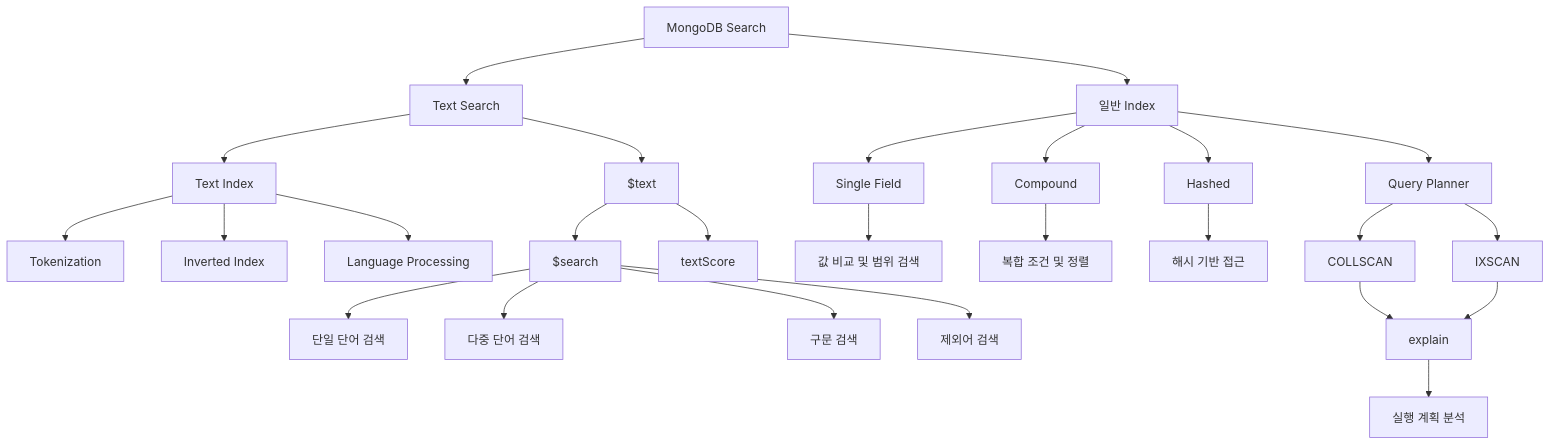
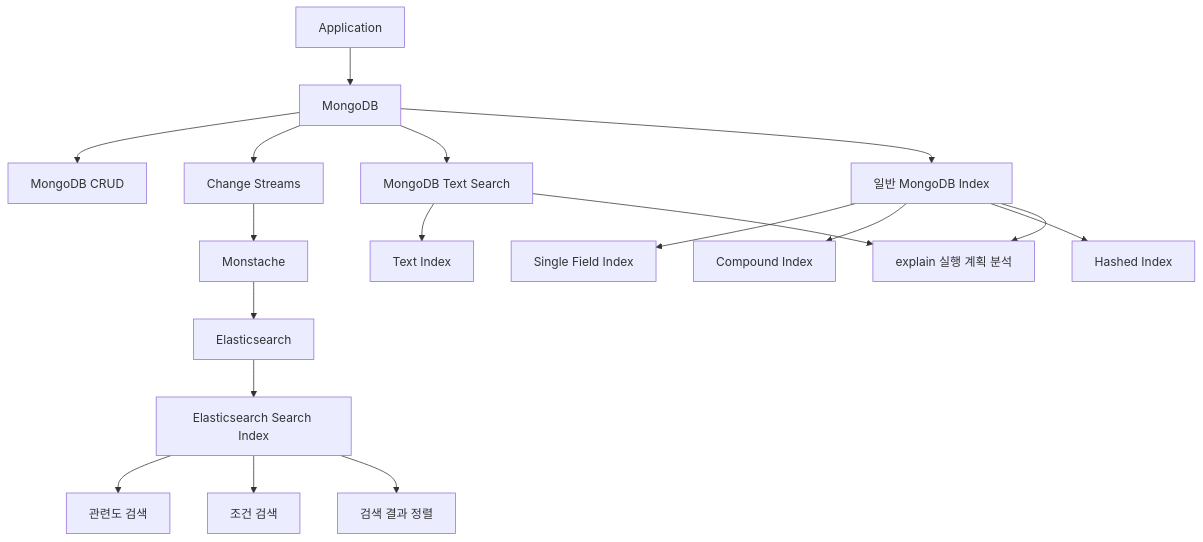
One commit to ysiksik/ysiksik.github.io changed diagram 12 of 12 in _posts/study/smart-learning-ent/nosql-mongodb-easy-for-anyone-to-learn/2026-11-12-text-search-and-utilizing-indexes.md. Above: the diagram before and after it, drawn with Mermaid. The commit also changed other lines of this file, not shown here.

````diff
--- a/_posts/study/smart-learning-ent/nosql-mongodb-easy-for-anyone-to-learn/2026-11-12-text-search-and-utilizing-indexes.md
+++ b/_posts/study/smart-learning-ent/nosql-mongodb-easy-for-anyone-to-learn/2026-11-12-text-search-and-utilizing-indexes.md
@@ -3597,42 +3483,53 @@
 ```mermaid
 flowchart TD
-    A["MongoDB Search"]
+    A["Application"]
 
-    B["Text Search"]
-    C["일반 Index"]
+    B["MongoDB"]
+    C["Monstache"]
+    D["Elasticsearch"]
+
+    E["MongoDB CRUD"]
+    F["Change Streams"]
+
+    G["MongoDB Text Search"]
+    H["일반 MongoDB Index"]
+
+    I["Text Index"]
+    J["Single Field Index"]
+    K["Compound Index"]
+    L["Hashed Index"]
+
+    M["Elasticsearch Search Index"]
+
+    N["관련도 검색"]
+    O["조건 검색"]
+    P["검색 결과 정렬"]
+
+    Q["explain 실행 계획 분석"]
 
     A --> B
-    A --> C
 
-    B --> D["Text Index"]
-    D --> E["Tokenization"]
-    D --> F["Inverted Index"]
-    D --> G["Language Processing"]
+    B --> E
+    B --> F
 
-    B --> H["$text"]
-    H --> I["$search"]
-    H --> J["textScore"]
+    F --> C
+    C --> D
 
-    I --> K["단일 단어 검색"]
-    I --> L["다중 단어 검색"]
-    I --> M["구문 검색"]
-    I --> N["제외어 검색"]
+    B --> G
+    B --> H
 
-    C --> O["Single Field"]
-    C --> P["Compound"]
-    C --> Q["Hashed"]
+    G --> I
 
-    O --> R["값 비교 및 범위 검색"]
-    P --> S["복합 조건 및 정렬"]
-    Q --> T["해시 기반 접근"]
+    H --> J
+    H --> K
+    H --> L
 
-    C --> U["Query Planner"]
+    D --> M
 
-    U --> V["COLLSCAN"]
-    U --> W["IXSCAN"]
+    M --> N
+    M --> O
+    M --> P
 
-    V --> X["explain"]
-    W --> X
-
-    X --> Y["실행 계획 분석"]
+    H --> Q
+    G --> Q
 ```
````
